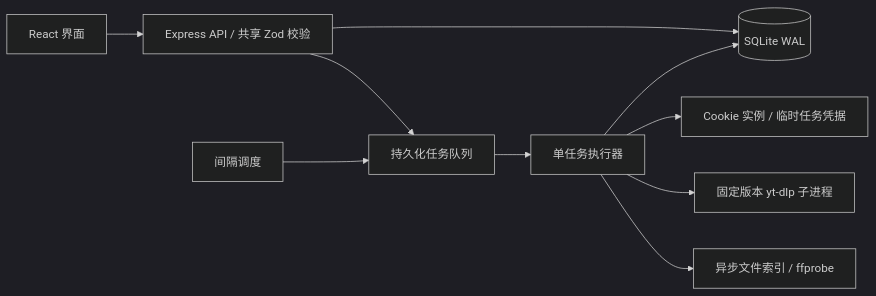
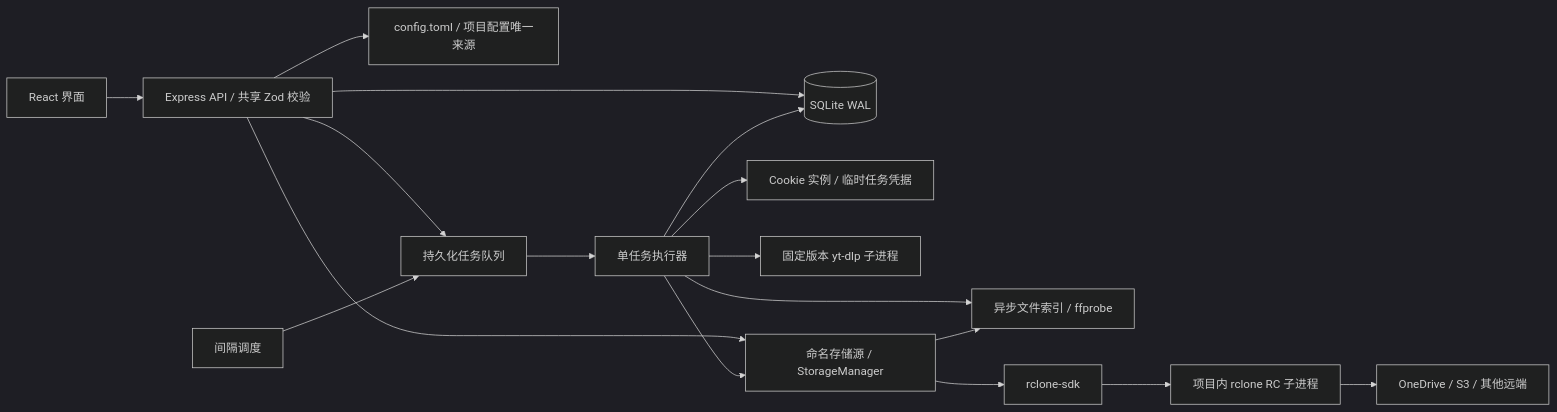
Before and after one commit to StephanXu/archive-ytb: the diagram in docs/architecture.md, drawn with Mermaid (dark theme). The commit also changed other lines of this file and 31 other files, not shown here.

Commit message:
Add named storage sources and portable TOML configuration

````diff
--- a/docs/architecture.md
+++ b/docs/architecture.md
@@ -3,12 +3,19 @@
 ```mermaid
 flowchart LR
   UI[React 界面] --> API[Express API / 共享 Zod 校验]
+  API --> CONFIG[config.toml / 项目配置唯一来源]
   API --> DB[(SQLite WAL)]
   API --> Q[持久化任务队列]
   TIMER[间隔调度] --> Q
   Q --> WORKER[单任务执行器]
   WORKER --> COOKIE[Cookie 实例 / 临时任务凭据]
   WORKER --> DLP[固定版本 yt-dlp 子进程]
   WORKER --> FS[异步文件索引 / ffprobe]
+  API --> STORAGE[命名存储源 / StorageManager]
+  WORKER --> STORAGE
+  STORAGE --> FS
+  STORAGE --> SDK[rclone-sdk]
+  SDK --> RC[项目内 rclone RC 子进程]
+  RC --> CLOUD[OneDrive / S3 / 其他远端]
   WORKER --> DB
 ```
````
